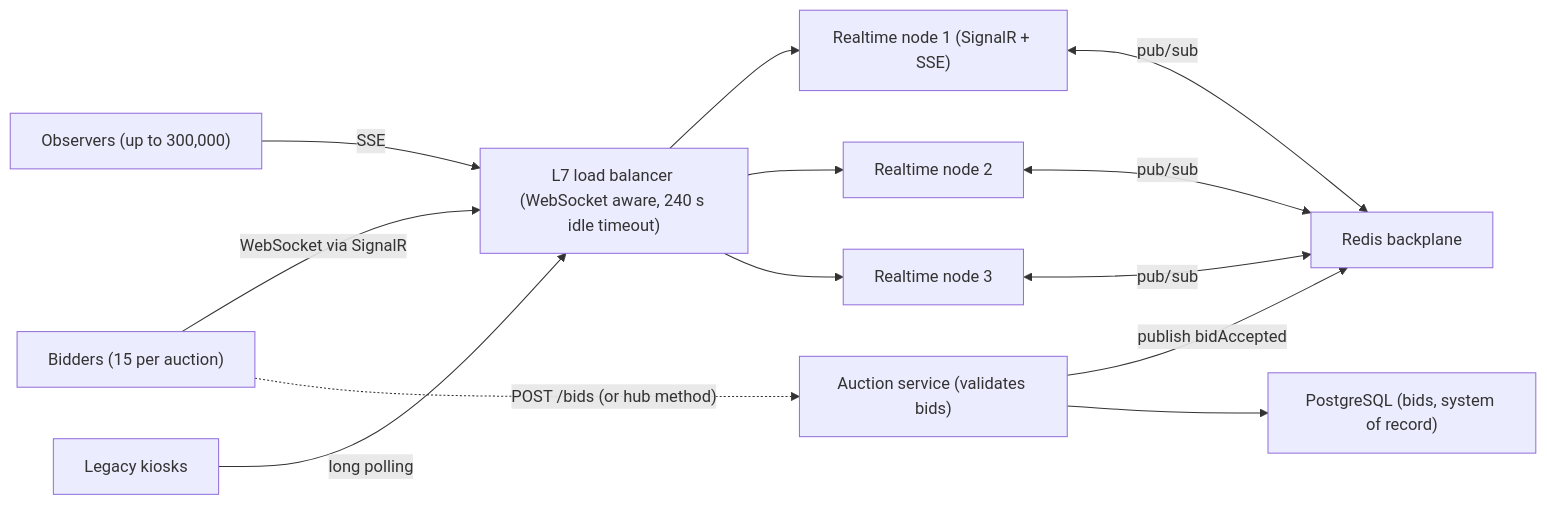
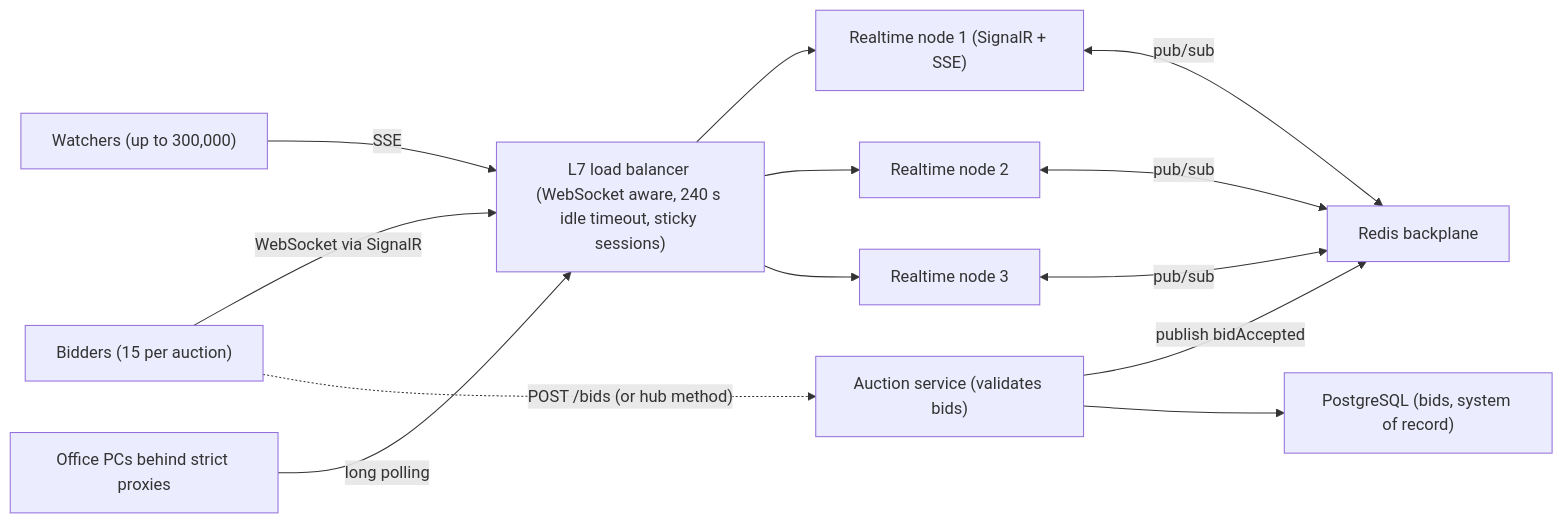
Before and after one commit to rizwi0786/system-design-lab: the first of 4 diagrams in content/lessons/m10/m10-realtime.md, drawn with Mermaid. The commit also changed other lines of this file and 334 other files, not shown here.

````diff
--- a/content/lessons/m10/m10-realtime.md
+++ b/content/lessons/m10/m10-realtime.md
@@ -151,15 +155,15 @@
 ```mermaid
 flowchart LR
-    B["Bidders (15 per auction)"] -->|"WebSocket via SignalR"| LB["L7 load balancer (WebSocket aware, 240 s idle timeout)"]
-    O["Observers (up to 300,000)"] -->|"SSE"| LB
-    K["Legacy kiosks"] -->|"long polling"| LB
+    B["Bidders (15 per auction)"] -->|"WebSocket via SignalR"| LB["L7 load balancer (WebSocket aware, 240 s idle timeout, sticky sessions)"]
+    O["Watchers (up to 300,000)"] -->|"SSE"| LB
+    K["Office PCs behind strict proxies"] -->|"long polling"| LB
     LB --> N1["Realtime node 1 (SignalR + SSE)"]
     LB --> N2["Realtime node 2"]
     LB --> N3["Realtime node 3"]
     N1 <-->|"pub/sub"| R["Redis backplane"]
     N2 <-->|"pub/sub"| R
     N3 <-->|"pub/sub"| R
     A["Auction service (validates bids)"] -->|"publish bidAccepted"| R
     A --> DB["PostgreSQL (bids, system of record)"]
     B -. "POST /bids (or hub method)" .-> A
 ```
````
